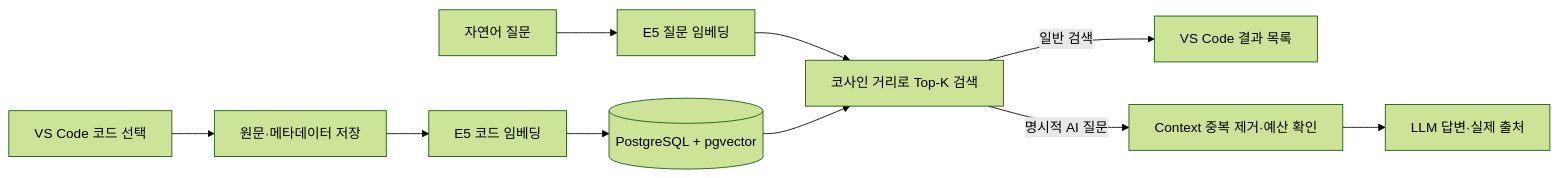
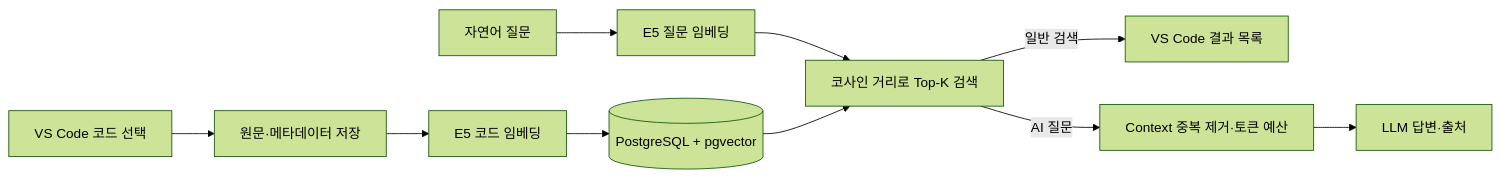
Before and after one commit to GlancingMonkey/dev-memory-: the diagram in README.md, drawn with Mermaid (forest theme). The commit also changed other lines of this file and 8 other files, not shown here.

````diff
--- a/README.md
+++ b/README.md
@@ -30,12 +73,12 @@
 ```mermaid
 flowchart LR
     A[VS Code 코드 선택] --> B[원문·메타데이터 저장]
     B --> C[E5 코드 임베딩]
     C --> D[(PostgreSQL + pgvector)]
     Q[자연어 질문] --> E[E5 질문 임베딩]
     E --> F[코사인 거리로 Top-K 검색]
     D --> F
     F -->|일반 검색| G[VS Code 결과 목록]
-    F -->|명시적 AI 질문| H[Context 중복 제거·예산 확인]
-    H --> I[LLM 답변·실제 출처]
+    F -->|AI 질문| H[Context 중복 제거·토큰 예산]
+    H --> I[LLM 답변·출처]
 ```
````
